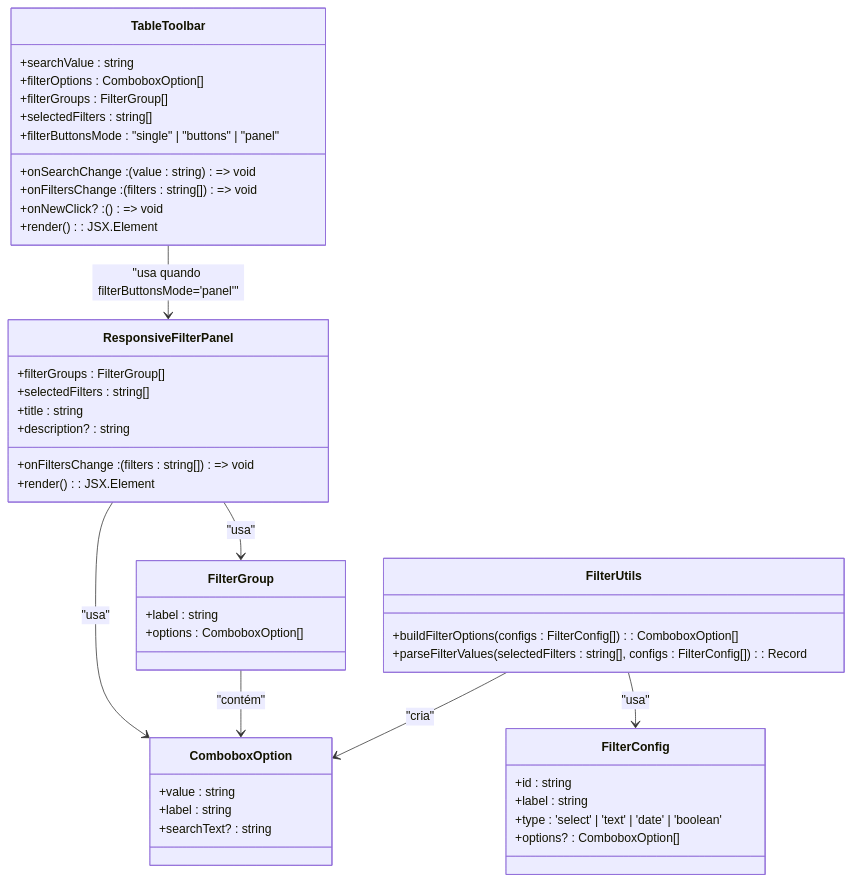
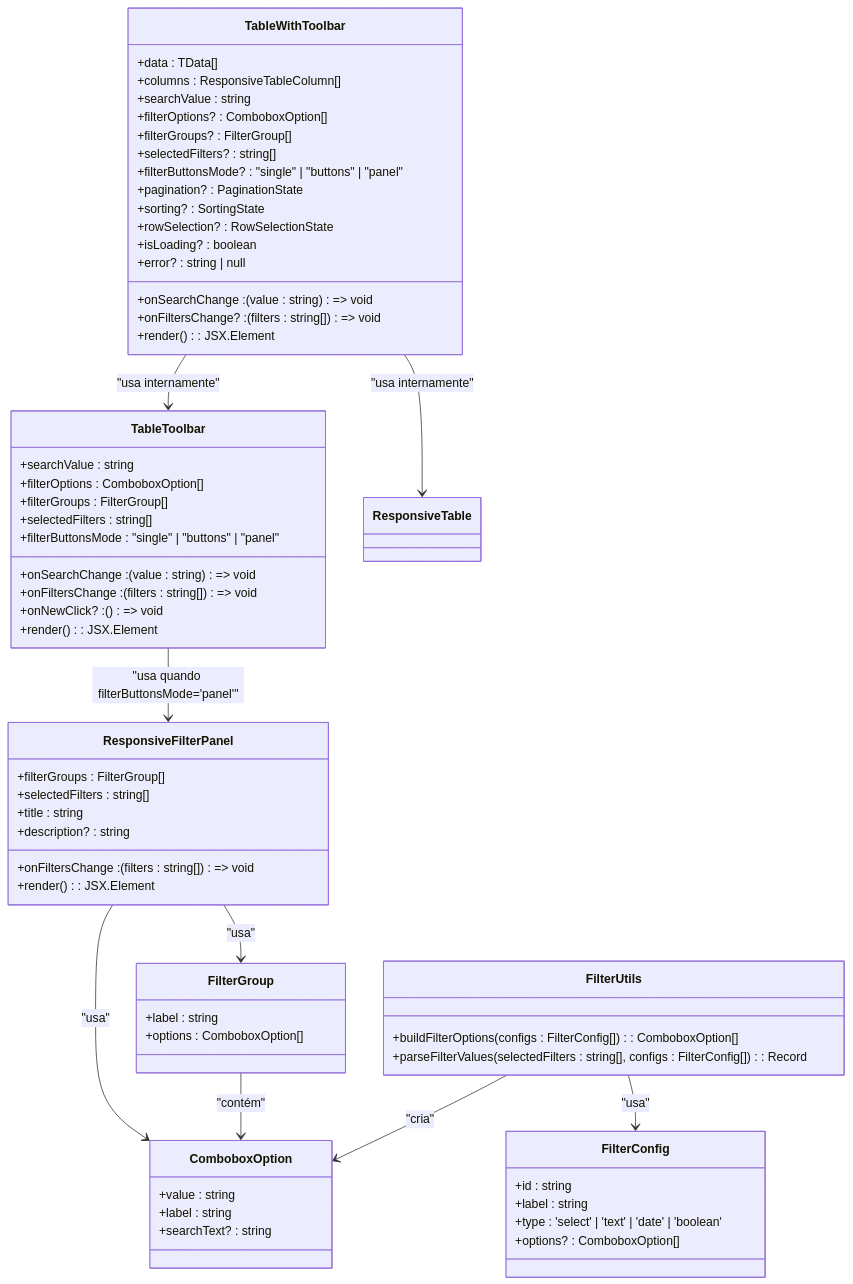
The first of 3 diagrams in .qoder/repowiki/pt/content/Arquitetura Frontend/Ui Filters Toolbar Redesign.md (SinesysTech/diegobarbosa-os), drawn with Mermaid before and after one commit. The commit also changed other lines of this file and 77 other files, not shown here.

First line of the commit message:
feat(ui): adicionar componente TableWithToolbar unificado com painel responsivo

````diff
--- a/.qoder/repowiki/pt/content/Arquitetura Frontend/Ui Filters Toolbar Redesign.md
+++ b/.qoder/repowiki/pt/content/Arquitetura Frontend/Ui Filters Toolbar Redesign.md
@@ -68,47 +71,66 @@
 ```mermaid
 classDiagram
 class TableToolbar {
 +searchValue : string
 +onSearchChange : (value : string) => void
 +filterOptions : ComboboxOption[]
 +filterGroups : FilterGroup[]
 +selectedFilters : string[]
 +onFiltersChange : (filters : string[]) => void
 +onNewClick? : () => void
 +filterButtonsMode : "single" | "buttons" | "panel"
 +render() : JSX.Element
 }
 class ResponsiveFilterPanel {
 +filterGroups : FilterGroup[]
 +selectedFilters : string[]
 +onFiltersChange : (filters : string[]) => void
 +title : string
 +description? : string
++render() : JSX.Element
+}
+class TableWithToolbar {
++data : TData[]
++columns : ResponsiveTableColumn<TData>[]
++searchValue : string
++onSearchChange : (value : string) => void
++filterOptions? : ComboboxOption[]
++filterGroups? : FilterGroup[]
++selectedFilters? : string[]
++onFiltersChange? : (filters : string[]) => void
++filterButtonsMode? : "single" | "buttons" | "panel"
++pagination? : PaginationState
++sorting? : SortingState
++rowSelection? : RowSelectionState
++isLoading? : boolean
++error? : string | null
 +render() : JSX.Element
 }
 class FilterConfig {
 +id : string
 +label : string
 +type : 'select' | 'text' | 'date' | 'boolean'
 +options? : ComboboxOption[]
 }
 class ComboboxOption {
 +value : string
 +label : string
 +searchText? : string
 }
 class FilterGroup {
 +label : string
 +options : ComboboxOption[]
 }
 class FilterUtils {
 +buildFilterOptions(configs : FilterConfig[]) : ComboboxOption[]
 +parseFilterValues(selectedFilters : string[], configs : FilterConfig[]) : Record<string, any>
 }
 TableToolbar --> ResponsiveFilterPanel : "usa quando filterButtonsMode='panel'"
+TableWithToolbar --> TableToolbar : "usa internamente"
+TableWithToolbar --> ResponsiveTable : "usa internamente"
 ResponsiveFilterPanel --> FilterGroup : "usa"
 ResponsiveFilterPanel --> ComboboxOption : "usa"
 FilterGroup --> ComboboxOption : "contém"
 FilterUtils --> FilterConfig : "usa"
 FilterUtils --> ComboboxOption : "cria"
 ```
````
